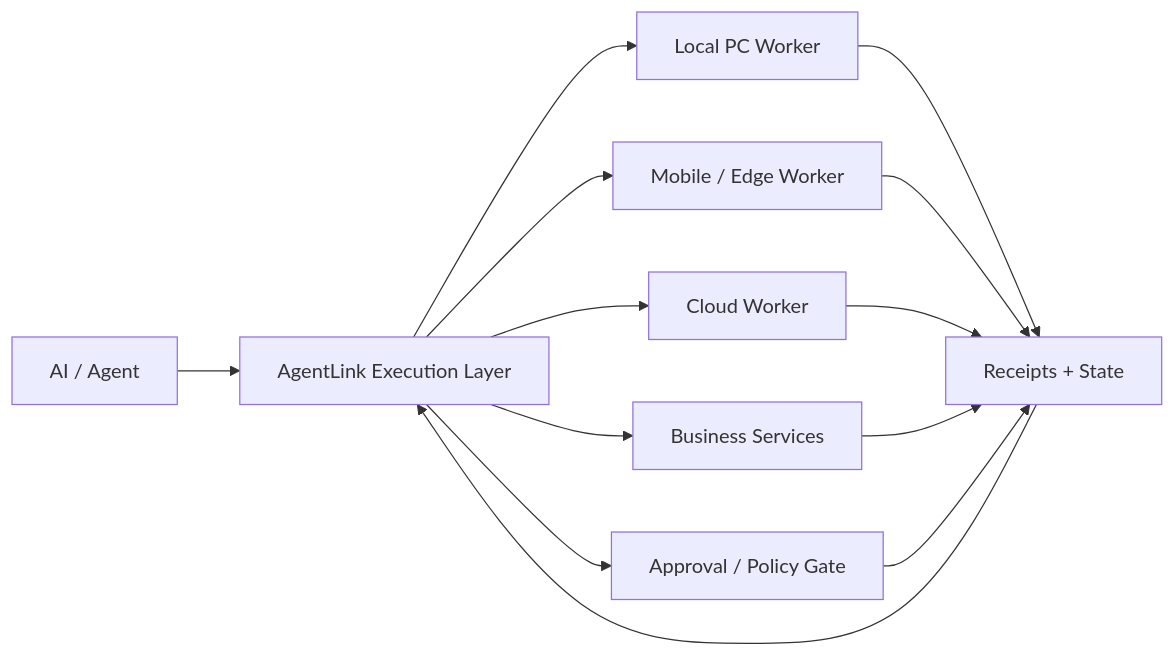
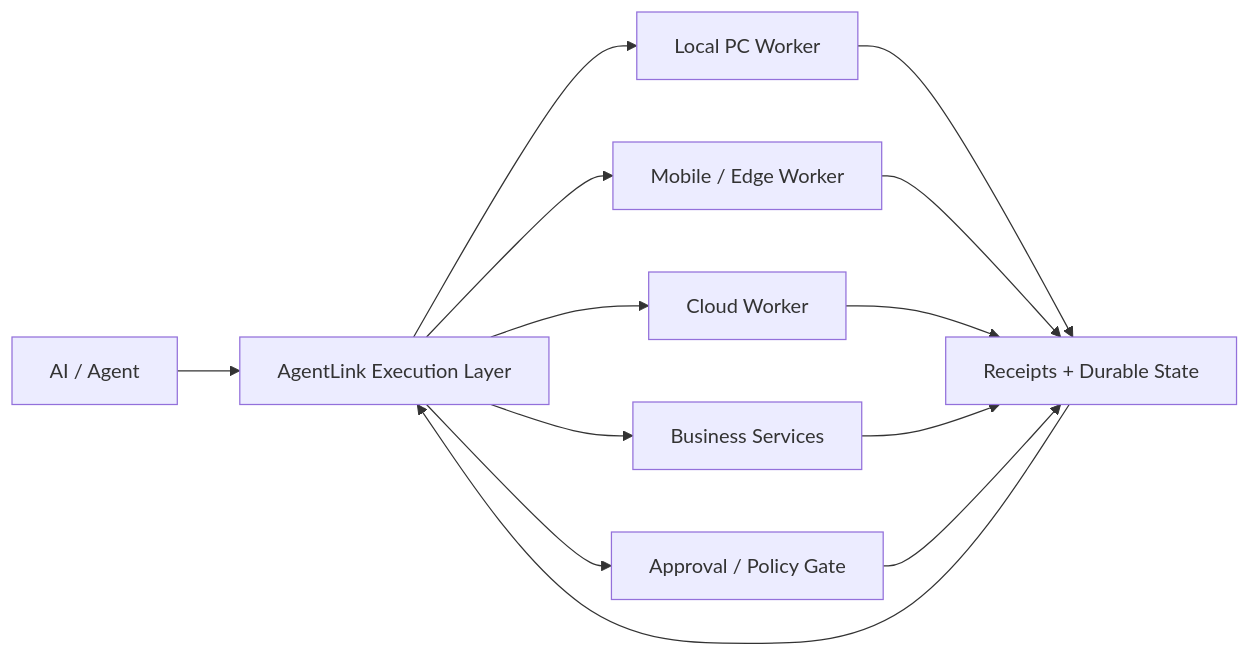
The diagram in README.md (Cid-oe/AgentLink), drawn with Mermaid before and after one commit. The commit also changed other lines of this file, not shown here.

````diff
--- a/README.md
+++ b/README.md
@@ -90,15 +23,15 @@
 ```mermaid
 flowchart LR
     A[AI / Agent] --> B[AgentLink Execution Layer]
     B --> C[Local PC Worker]
     B --> D[Mobile / Edge Worker]
     B --> E[Cloud Worker]
     B --> F[Business Services]
     B --> G[Approval / Policy Gate]
-    C --> H[Receipts + State]
+    C --> H[Receipts + Durable State]
     D --> H
     E --> H
     F --> H
     G --> H
     H --> B
 ```
````
